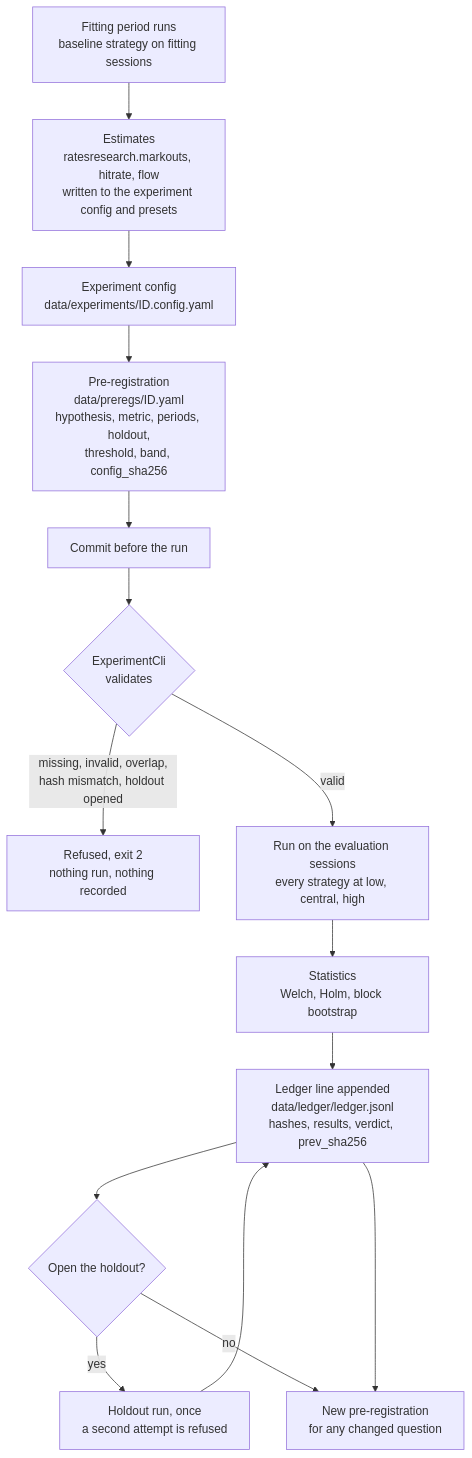
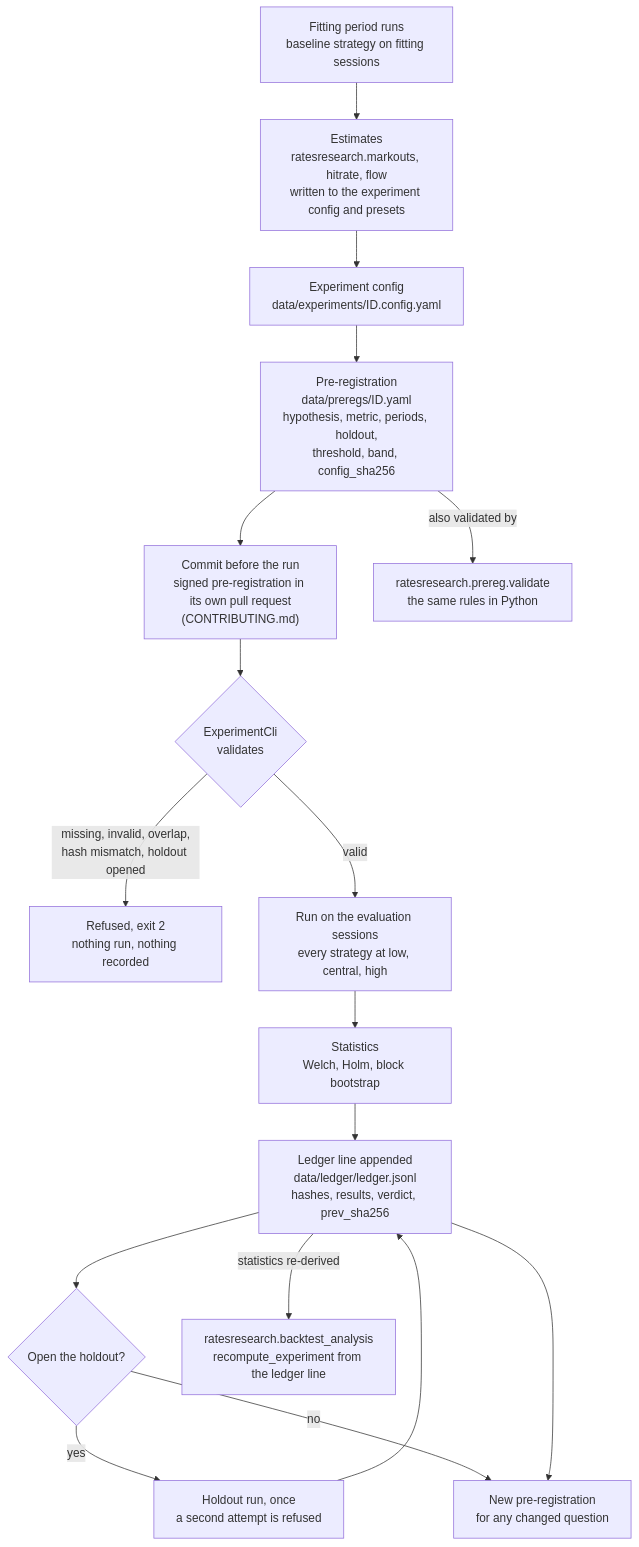
One commit to AshJha0/rates-algo-trading changed the diagram in docs/diagrams/experiment_lifecycle.mmd. Above: the diagram before and after it, drawn with Mermaid. The commit also changed 28 other files, not shown here.

Commit message:
wip: cookbook recipes 23-28, 31-33 and diagrams in progress

```diff
--- a/docs/diagrams/experiment_lifecycle.mmd
+++ b/docs/diagrams/experiment_lifecycle.mmd
@@ -1,21 +1,25 @@
 flowchart TD
   fit["Fitting period runs<br/>baseline strategy on fitting sessions"]
   est["Estimates<br/>ratesresearch.markouts, hitrate, flow<br/>written to the experiment config and presets"]
   cfg["Experiment config<br/>data/experiments/ID.config.yaml"]
   pre["Pre-registration<br/>data/preregs/ID.yaml<br/>hypothesis, metric, periods, holdout,<br/>threshold, band, config_sha256"]
-  commit["Commit before the run"]
+  commit["Commit before the run<br/>signed pre-registration in its own pull request<br/>(CONTRIBUTING.md)"]
   cli{"ExperimentCli<br/>validates"}
   refuse["Refused, exit 2<br/>nothing run, nothing recorded"]
   run["Run on the evaluation sessions<br/>every strategy at low, central, high"]
   stats["Statistics<br/>Welch, Holm, block bootstrap"]
   ledger["Ledger line appended<br/>data/ledger/ledger.jsonl<br/>hashes, results, verdict, prev_sha256"]
   holdout{"Open the holdout?"}
   once["Holdout run, once<br/>a second attempt is refused"]
   next["New pre-registration<br/>for any changed question"]
+  pyval["ratesresearch.prereg.validate<br/>the same rules in Python"]
+  recompute["ratesresearch.backtest_analysis<br/>recompute_experiment from the ledger line"]
 
   fit --> est --> cfg --> pre --> commit --> cli
   cli -->|missing, invalid, overlap,<br/>hash mismatch, holdout opened| refuse
   cli -->|valid| run --> stats --> ledger --> holdout
   holdout -->|yes| once --> ledger
   holdout -->|no| next
   ledger --> next
+  pre -->|also validated by| pyval
+  ledger -->|statistics re-derived| recompute
```
